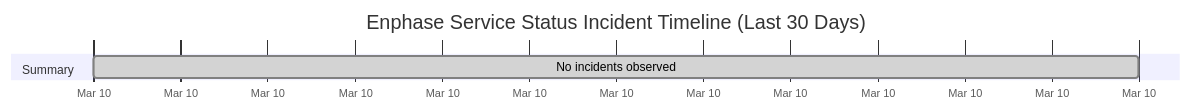
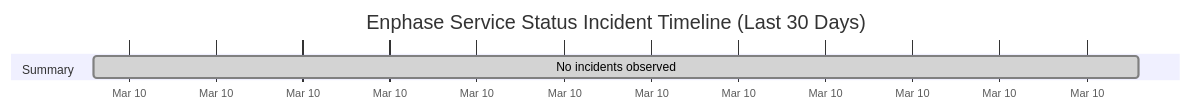
Before and after one commit to barneyonline/ha-enphase-ev-charger: the diagram in wiki/Service-Status-History.md, drawn with Mermaid. The commit also changed other lines of this file and 3 other files, not shown here.

````diff
--- a/wiki/Service-Status-History.md
+++ b/wiki/Service-Status-History.md
@@ -14,8 +14,8 @@
 ```mermaid
 gantt
     title Enphase Service Status Incident Timeline (Last 30 Days)
     dateFormat  YYYY-MM-DDTHH:mm:ss
     axisFormat  %b %d
     section Summary
-    No incidents observed :done, 2026-03-10T15:52:10, 1m
+    No incidents observed :done, 2026-03-10T16:47:38, 1m
 ```
````
